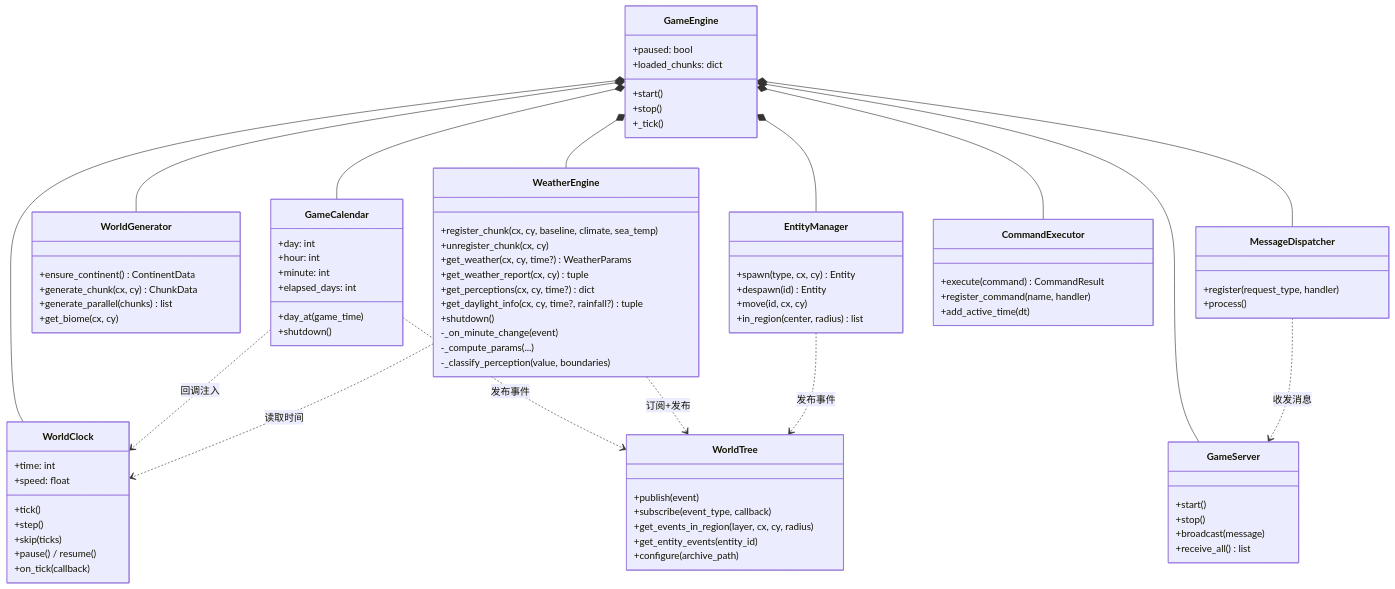
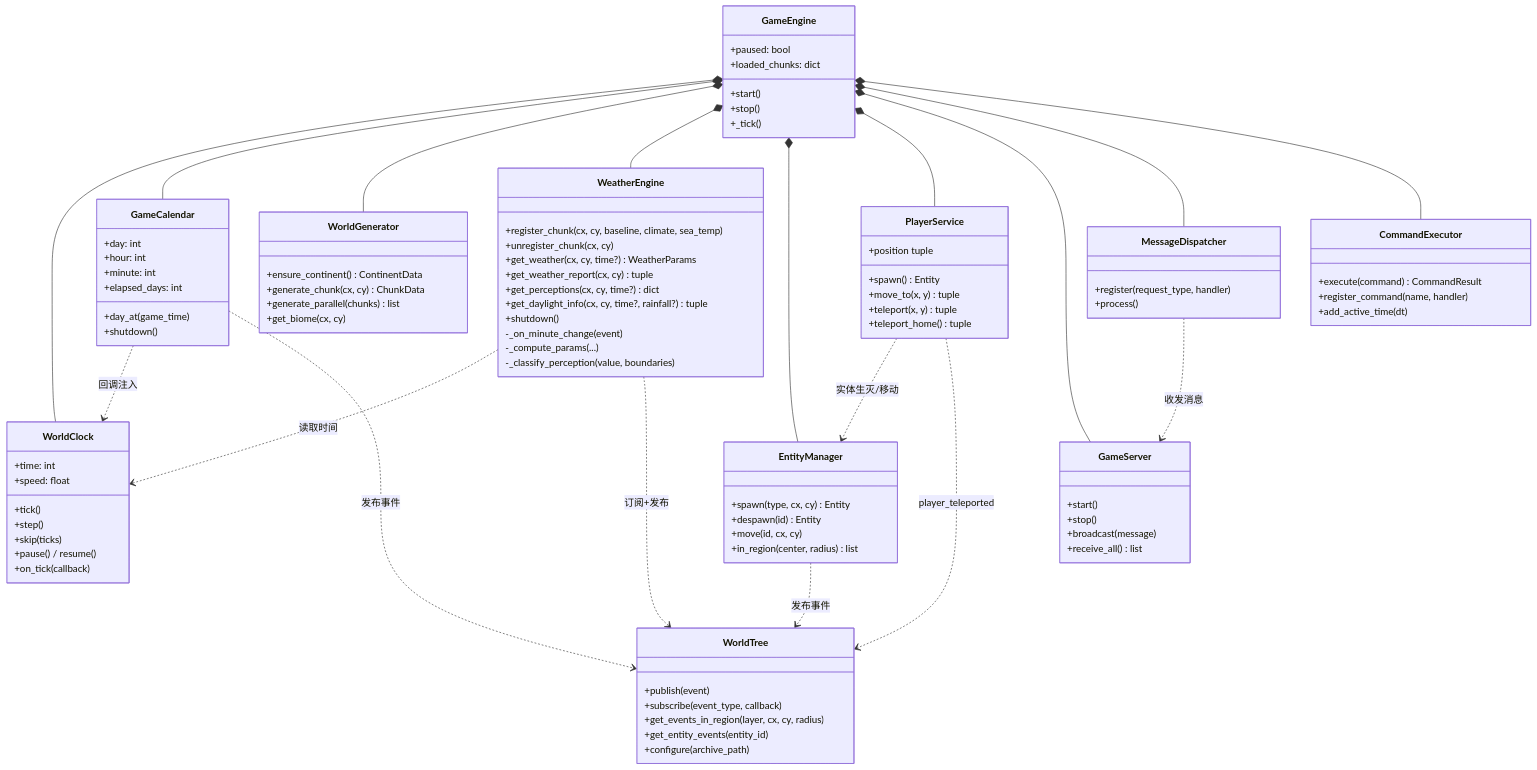
Before and after one commit to Jedidiah-Zhang/Ascend: the sixth of 6 diagrams in docs/diagrams/architecture.md, drawn with Mermaid. The commit also changed other lines of this file and 23 other files, not shown here.

````diff
--- a/docs/diagrams/architecture.md
+++ b/docs/diagrams/architecture.md
@@ -232,6 +237,14 @@
         +in_region(center, radius) list
     }
 
+    class PlayerService {
+        +spawn() Entity
+        +position tuple
+        +move_to(x, y) tuple
+        +teleport(x, y) tuple
+        +teleport_home() tuple
+    }
+
     class GameServer {
         +start()
         +stop()
@@ -255,6 +268,7 @@
     GameEngine *-- WorldGenerator
     GameEngine *-- WeatherEngine
     GameEngine *-- EntityManager
+    GameEngine *-- PlayerService
     GameEngine *-- GameServer
     GameEngine *-- MessageDispatcher
     GameEngine *-- CommandExecutor
@@ -264,5 +278,7 @@
     WeatherEngine ..> WorldClock : 读取时间
     WeatherEngine ..> WorldTree : 订阅+发布
     EntityManager ..> WorldTree : 发布事件
+    PlayerService ..> EntityManager : 实体生灭/移动
+    PlayerService ..> WorldTree : player_teleported
     MessageDispatcher ..> GameServer : 收发消息
 ```
````
